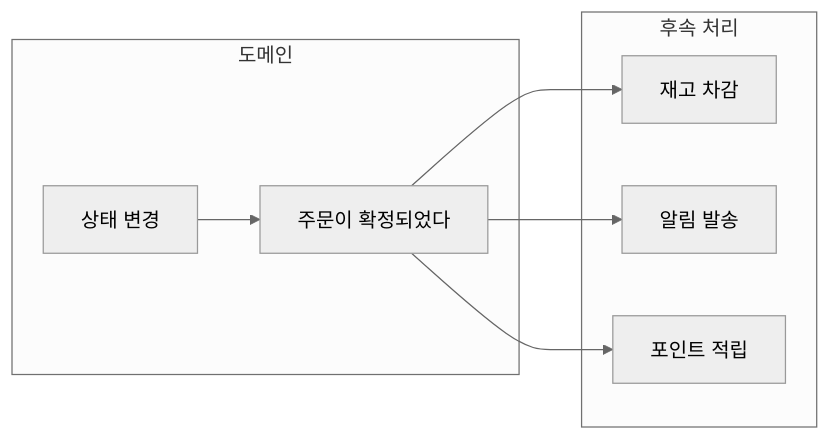
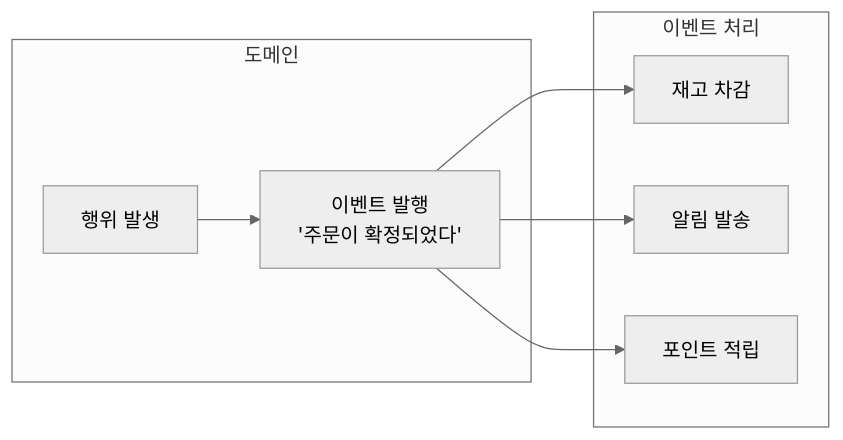
The first of 4 diagrams in content/ko/docs/ddd/concepts/domain-events.md (advanced-beginner/advanced-beginner.github.io), drawn with Mermaid (neutral theme) before and after one commit. The commit also changed other lines of this file, not shown here.

````diff
--- a/content/ko/docs/ddd/concepts/domain-events.md
+++ b/content/ko/docs/ddd/concepts/domain-events.md
@@ -89,18 +26,18 @@
 ```mermaid
 flowchart LR
-    subgraph Domain[도메인]
-        ACT[상태 변경]
-        EVT["주문이 확정되었다"]
+    subgraph Domain["도메인"]
+        ACT[행위 발생]
+        EVT["이벤트 발행<br>'주문이 확정되었다'"]
     end
 
-    subgraph Consumers[후속 처리]
+    subgraph Handlers["이벤트 처리"]
         H1[재고 차감]
         H2[알림 발송]
         H3[포인트 적립]
     end
 
     ACT --> EVT
     EVT --> H1
     EVT --> H2
     EVT --> H3
 ```
````
